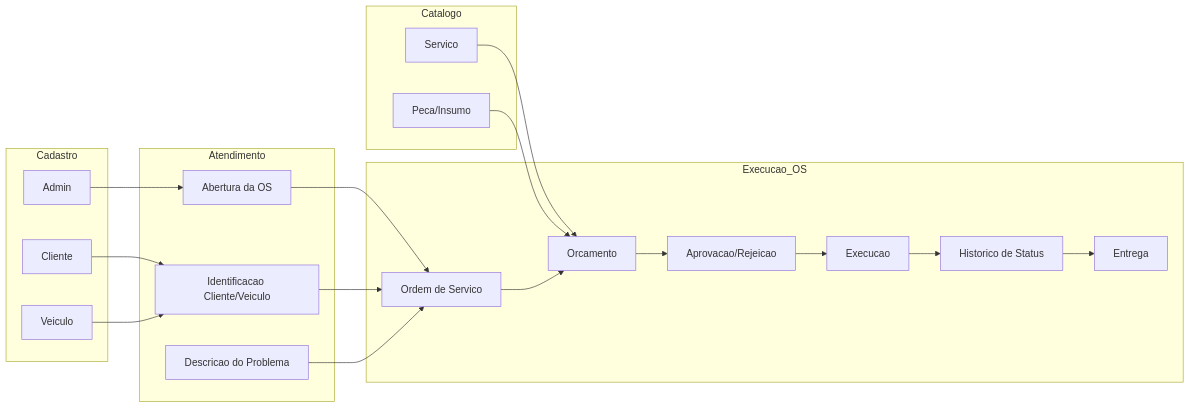
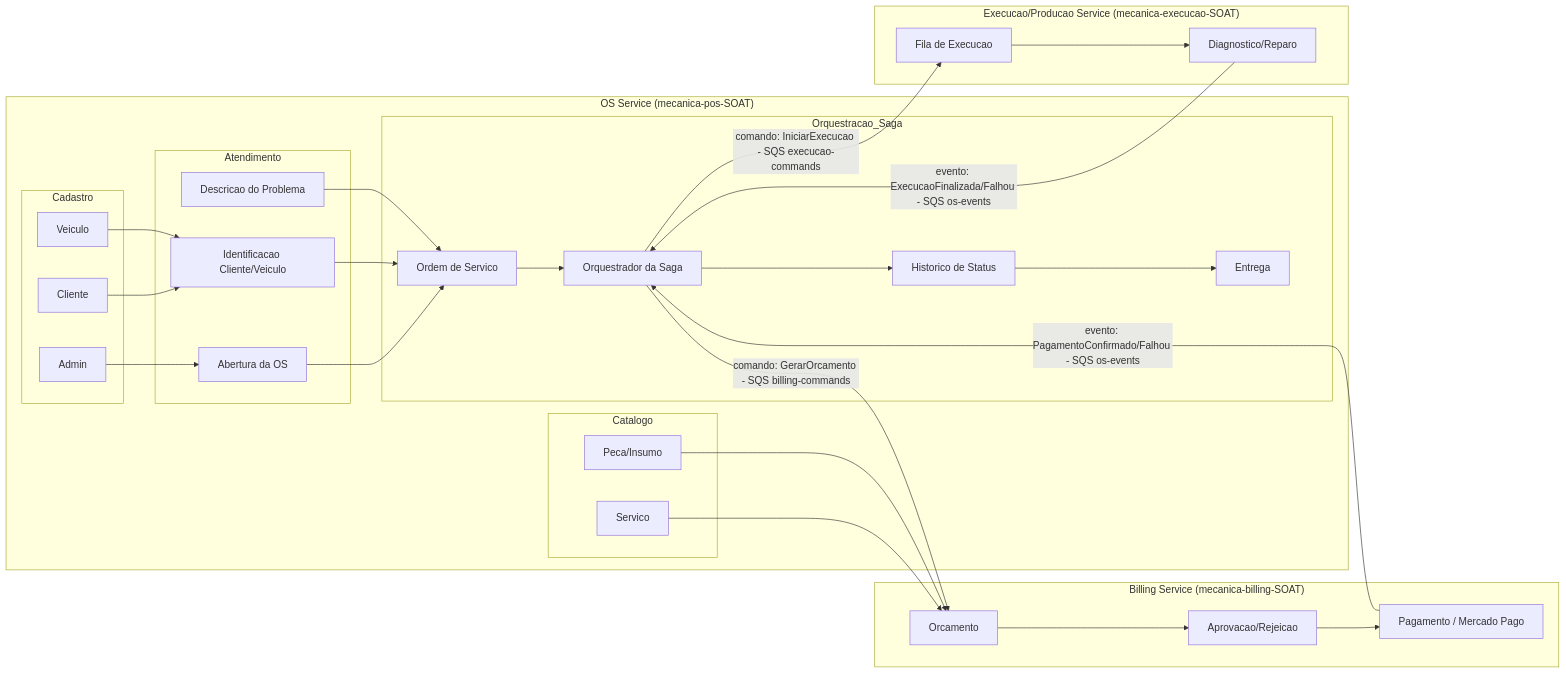
Before and after one commit to Castor-Garage/mecanica-pos-SOAT: the diagram in docs/context-map.mmd, drawn with Mermaid. The commit also changed 6 other files, not shown here.

```diff
--- a/docs/context-map.mmd
+++ b/docs/context-map.mmd
@@ -1,43 +1,61 @@
 flowchart LR
-    subgraph Cadastro
-        C1[Cliente]
-        C2[Veiculo]
-        C3[Admin]
+    subgraph OS_SERVICE["OS Service (mecanica-pos-SOAT)"]
+        subgraph Cadastro
+            C1[Cliente]
+            C2[Veiculo]
+            C3[Admin]
+        end
+
+        subgraph Catalogo
+            K1[Servico]
+            K2[Peca/Insumo]
+        end
+
+        subgraph Atendimento
+            A1[Abertura da OS]
+            A2[Identificacao Cliente/Veiculo]
+            A3[Descricao do Problema]
+        end
+
+        subgraph Orquestracao_Saga
+            E1[Ordem de Servico]
+            E5[Historico de Status]
+            E6[Entrega]
+            ORQ[Orquestrador da Saga]
+        end
     end
 
-    subgraph Catalogo
-        K1[Servico]
-        K2[Peca/Insumo]
+    subgraph BILLING_SERVICE["Billing Service (mecanica-billing-SOAT)"]
+        E2[Orcamento]
+        E3[Aprovacao/Rejeicao]
+        PAY[Pagamento / Mercado Pago]
     end
 
-    subgraph Atendimento
-        A1[Abertura da OS]
-        A2[Identificacao Cliente/Veiculo]
-        A3[Descricao do Problema]
-    end
-
-    subgraph Execucao_OS
-        E1[Ordem de Servico]
-        E2[Orcamento]
-        E3[Aprovacao/Rejeicao]
-        E4[Execucao]
-        E5[Historico de Status]
-        E6[Entrega]
+    subgraph EXECUCAO_SERVICE["Execucao/Producao Service (mecanica-execucao-SOAT)"]
+        E4[Fila de Execucao]
+        DIAG[Diagnostico/Reparo]
     end
 
     C1 --> A2
     C2 --> A2
     C3 --> A1
 
     A1 --> E1
     A2 --> E1
     A3 --> E1
 
+    E1 --> ORQ
+
+    ORQ -->|comando: GerarOrcamento - SQS billing-commands| E2
     K1 --> E2
     K2 --> E2
+    E2 --> E3
+    E3 --> PAY
+    PAY -->|evento: PagamentoConfirmado/Falhou - SQS os-events| ORQ
 
-    E1 --> E2
-    E2 --> E3
-    E3 --> E4
-    E4 --> E5
+    ORQ -->|comando: IniciarExecucao - SQS execucao-commands| E4
+    E4 --> DIAG
+    DIAG -->|evento: ExecucaoFinalizada/Falhou - SQS os-events| ORQ
+
+    ORQ --> E5
     E5 --> E6
```
